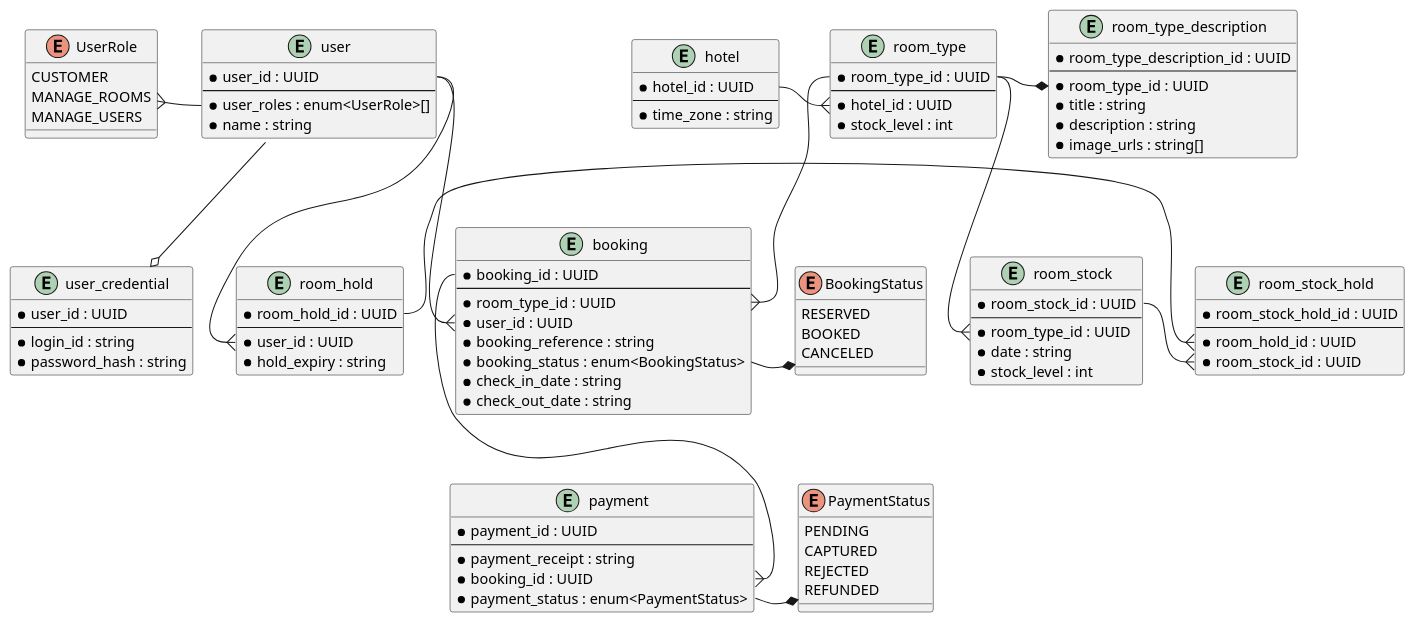
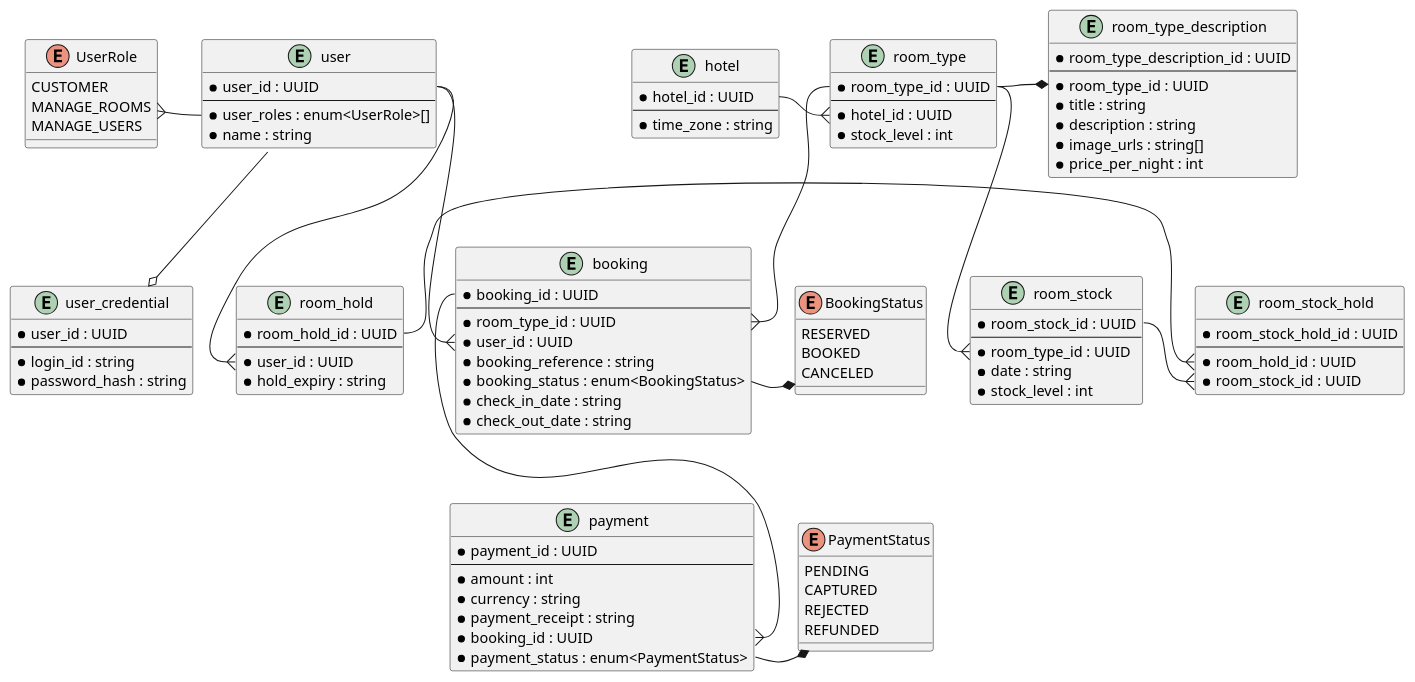
Before and after one commit to Samour/hotel-booking: the diagram in be/db_schema.puml, drawn with PlantUML. The commit also changed 6 other files, not shown here.

Commit message:
Add price_per_night attribute to create room request

```diff
--- a/be/db_schema.puml
+++ b/be/db_schema.puml
@@ -1,128 +1,131 @@
 @startuml
 
 'User
 
 enum UserRole {
     CUSTOMER
     MANAGE_ROOMS
     MANAGE_USERS
 }
 
 entity user_credential {
     * user_id : UUID
     --
     * login_id : string
     * password_hash : string
 }
 
 entity user {
     * user_id : UUID
     --
     * user_roles : enum<UserRole>[]
     * name : string
 }
 
 user --o user_credential
 UserRole }- user::user_roles
 
 'Room
 
 entity hotel {
     * hotel_id : UUID
     --
     * time_zone : string
 }
 
 entity room_type {
     * room_type_id : UUID
     --
     * hotel_id : UUID
     * stock_level : int
 }
 
 hotel::hotel_id -{ room_type::hotel_id
 
 entity room_type_description {
     * room_type_description_id : UUID
     --
     * room_type_id : UUID
     * title : string
     * description : string
     * image_urls : string[]
+    * price_per_night : int
 }
 
 room_type::room_type_id -* room_type_description::room_type_id
 
 entity room_stock {
     * room_stock_id : UUID
     --
     * room_type_id : UUID
     * date : string
     * stock_level : int
 }
 
 room_type::room_type_id --{ room_stock::room_type_id
 
 entity room_hold {
     * room_hold_id : UUID
     --
     * user_id : UUID
     * hold_expiry : string
 }
 
 user::user_id -{ room_hold::user_id
 
 entity room_stock_hold {
     * room_stock_hold_id : UUID
     --
     * room_hold_id : UUID
     * room_stock_id : UUID
 }
 
 room_hold::room_hold_id -{ room_stock_hold::room_hold_id
 room_stock::room_stock_id -{ room_stock_hold::room_stock_id
 
 'Booking
 
 enum BookingStatus {
     RESERVED
     BOOKED
     CANCELED
 }
 
 entity booking {
     * booking_id : UUID
     --
     * room_type_id : UUID
     * user_id : UUID
     * booking_reference : string
     * booking_status : enum<BookingStatus>
     * check_in_date : string
     * check_out_date : string
 }
 
 booking::booking_status -* BookingStatus
 user::user_id --{ booking::user_id
 room_type::room_type_id --{ booking::room_type_id
 
 'Payment
 
 enum PaymentStatus {
     PENDING
     CAPTURED
     REJECTED
     REFUNDED
 }
 
 entity payment {
     * payment_id : UUID
     --
+    * amount : int
+    * currency : string
     * payment_receipt : string
     * booking_id : UUID
     * payment_status : enum<PaymentStatus>
 }
 
 payment::payment_status -* PaymentStatus
 booking::booking_id --{ payment::booking_id
 
 @enduml
```
